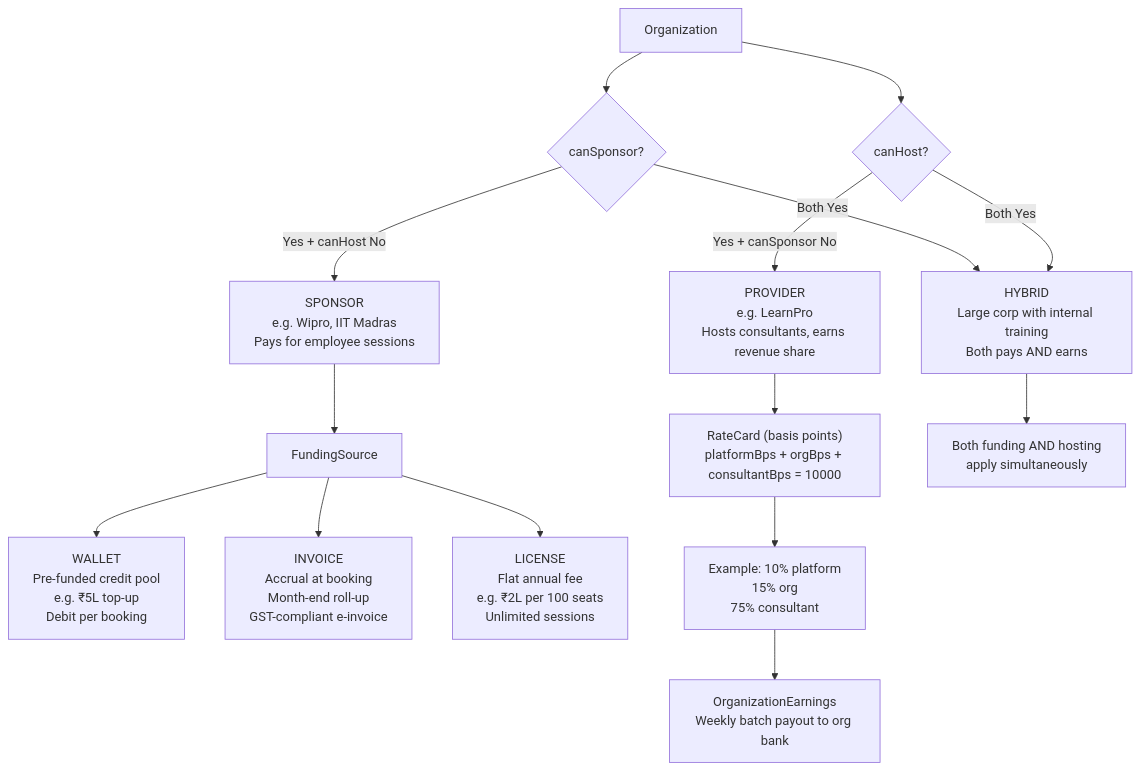
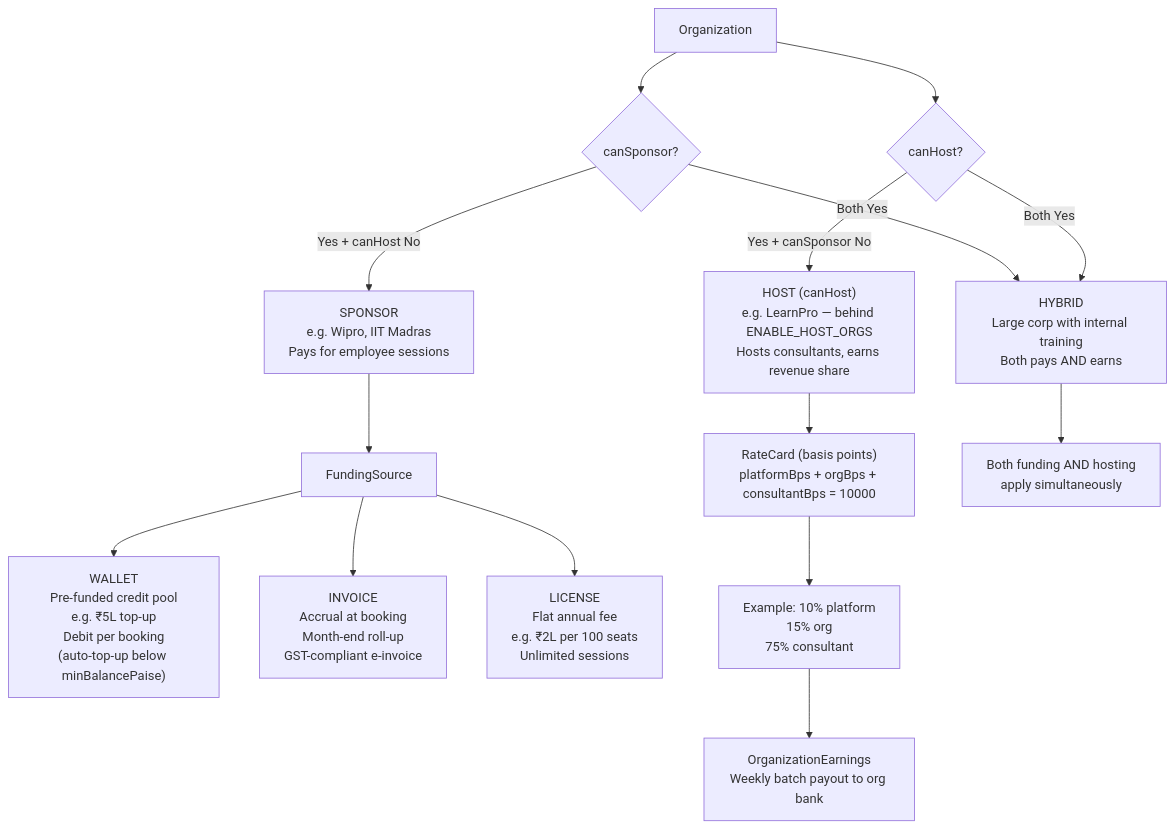
One commit to Practitionist/familiarise_web changed diagram 14 of 19 in PRODUCT_FLOW_MAP.md. Above: the diagram before and after it, drawn with Mermaid. The commit also changed other lines of this file and 46 other files, not shown here.

````diff
--- a/PRODUCT_FLOW_MAP.md
+++ b/PRODUCT_FLOW_MAP.md
@@ -402,20 +402,20 @@
 ```mermaid
 flowchart TD
     Org["Organization"] --> SponsorQ{canSponsor?}
     Org --> HostQ{canHost?}
 
     SponsorQ -- Yes + canHost No --> Sponsor["SPONSOR\ne.g. Wipro, IIT Madras\nPays for employee sessions"]
-    HostQ -- Yes + canSponsor No --> Provider["PROVIDER\ne.g. LearnPro\nHosts consultants, earns revenue share"]
+    HostQ -- Yes + canSponsor No --> Host["HOST (canHost)\ne.g. LearnPro — behind ENABLE_HOST_ORGS\nHosts consultants, earns revenue share"]
     SponsorQ & HostQ -- Both Yes --> Hybrid["HYBRID\nLarge corp with internal training\nBoth pays AND earns"]
 
     Sponsor --> FundingSource["FundingSource"]
-    FundingSource --> WALLET["WALLET\nPre-funded credit pool\ne.g. ₹5L top-up\nDebit per booking"]
+    FundingSource --> WALLET["WALLET\nPre-funded credit pool\ne.g. ₹5L top-up\nDebit per booking\n(auto-top-up below minBalancePaise)"]
     FundingSource --> INVOICE["INVOICE\nAccrual at booking\nMonth-end roll-up\nGST-compliant e-invoice"]
     FundingSource --> LICENSE["LICENSE\nFlat annual fee\ne.g. ₹2L per 100 seats\nUnlimited sessions"]
 
-    Provider --> RateCard["RateCard (basis points)\nplatformBps + orgBps + consultantBps = 10000"]
+    Host --> RateCard["RateCard (basis points)\nplatformBps + orgBps + consultantBps = 10000"]
     RateCard --> Example["Example: 10% platform\n15% org\n75% consultant"]
     Example --> OrgEarnings["OrganizationEarnings\nWeekly batch payout to org bank"]
 
     Hybrid --> Both["Both funding AND hosting\napply simultaneously"]
 ```
````
